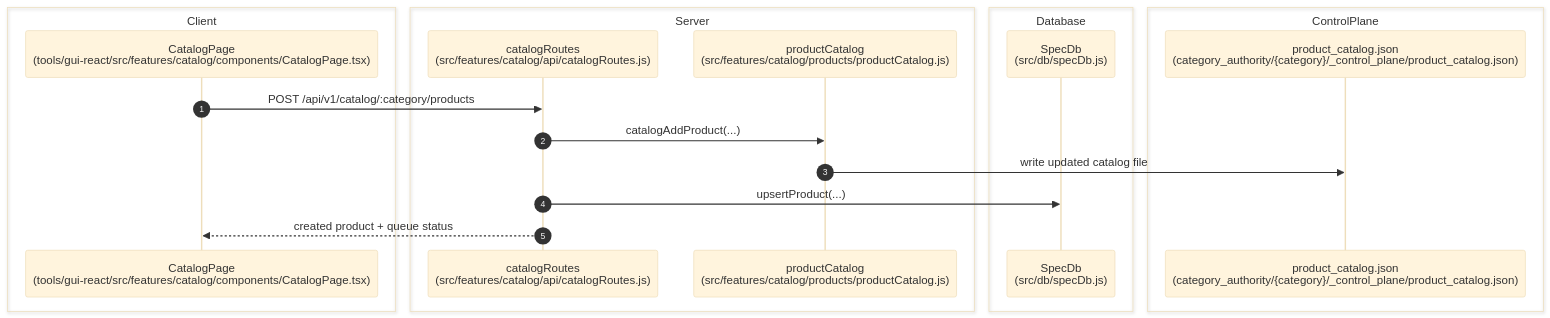
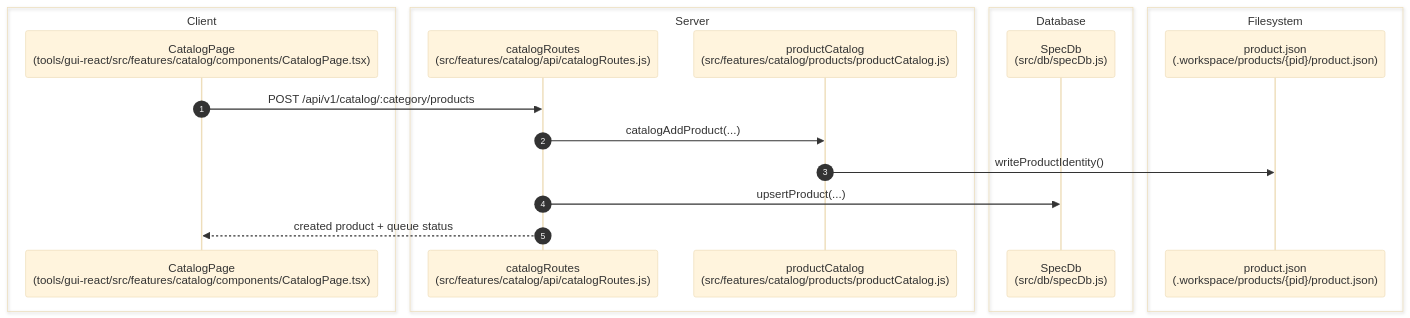
One commit to CdubVentures/Spec-Factory changed the diagram in docs/04-features/catalog-and-product-selection.md. Above: the diagram before and after it, drawn with Mermaid. The commit also changed other lines of this file and 761 other files, not shown here.

````diff
--- a/docs/04-features/catalog-and-product-selection.md
+++ b/docs/04-features/catalog-and-product-selection.md
@@ -62,23 +70,23 @@
 ```mermaid
 %%{init: {'theme': 'base', 'themeVariables': { 'fontSize': '20px', 'actorWidth': 250, 'actorMargin': 200, 'boxMargin': 20 }}}%%
 sequenceDiagram
   autonumber
   box Client
     participant CatalogPage as CatalogPage<br/>(tools/gui-react/src/features/catalog/components/CatalogPage.tsx)
   end
   box Server
     participant CatalogRoute as catalogRoutes<br/>(src/features/catalog/api/catalogRoutes.js)
     participant CatalogSvc as productCatalog<br/>(src/features/catalog/products/productCatalog.js)
   end
   box Database
     participant SpecDb as SpecDb<br/>(src/db/specDb.js)
   end
-  box ControlPlane
-    participant Files as product_catalog.json<br/>(category_authority/{category}/_control_plane/product_catalog.json)
+  box Filesystem
+    participant ProductJson as product.json<br/>(.workspace/products/{pid}/product.json)
   end
   CatalogPage->>CatalogRoute: POST /api/v1/catalog/:category/products
   CatalogRoute->>CatalogSvc: catalogAddProduct(...)
-  CatalogSvc->>Files: write updated catalog file
+  CatalogSvc->>ProductJson: writeProductIdentity()
   CatalogRoute->>SpecDb: upsertProduct(...)
   CatalogRoute-->>CatalogPage: created product + queue status
 ```
````
